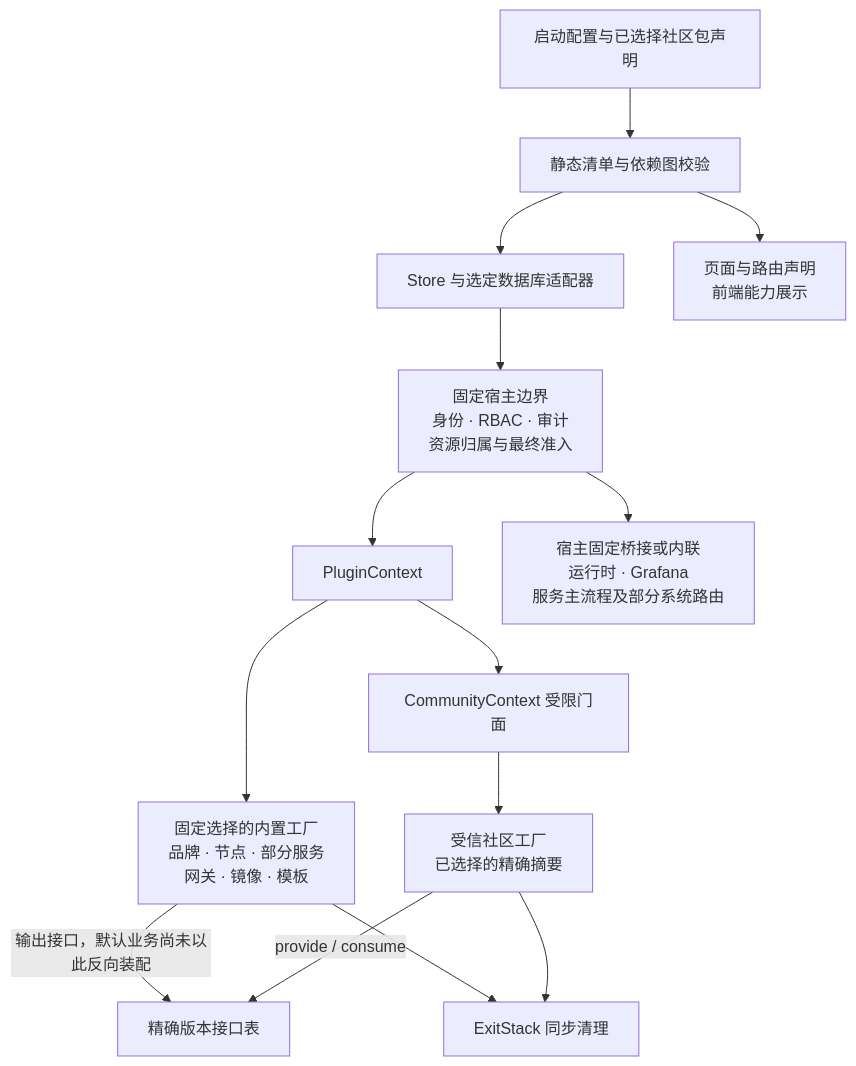
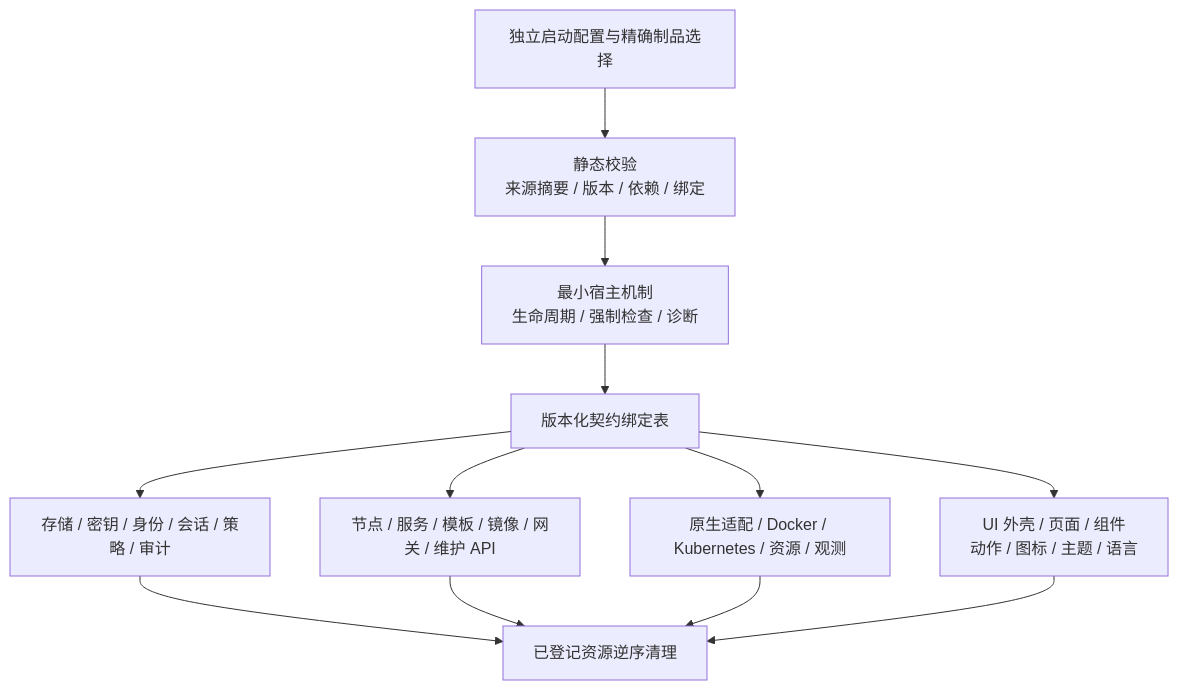
One commit to ZhengDeL/MindIE-Motor-Console changed the second of 4 diagrams in web/ARCHITECTURE.md. Above: the diagram before and after it, drawn with Mermaid. The commit also changed other lines of this file and 167 other files, not shown here.

Commit message:
feat: add replaceable business providers and complete UI plugin host

````diff
--- a/web/ARCHITECTURE.md
+++ b/web/ARCHITECTURE.md
@@ -49,16 +29,14 @@
 ```mermaid
 flowchart TB
-  BOOT[启动配置与已选择社区包声明] --> HOST[静态清单与依赖图校验]
-  HOST --> ST[Store 与选定数据库适配器]
-  ST --> CORE["固定宿主边界<br/>身份 · RBAC · 审计<br/>资源归属与最终准入"]
-  CORE --> CTX[PluginContext]
-  CTX --> BI["固定选择的内置工厂<br/>品牌 · 节点 · 部分服务<br/>网关 · 镜像 · 模板"]
-  CTX --> CC[CommunityContext 受限门面]
-  CC --> CO["受信社区工厂<br/>已选择的精确摘要"]
-  BI -->|输出接口，默认业务尚未以此反向装配| IF[精确版本接口表]
-  CO -->|provide / consume| IF
-  CORE --> FIX["宿主固定桥接或内联<br/>运行时 · Grafana<br/>服务主流程及部分系统路由"]
-  BI --> LIFE[ExitStack 同步清理]
-  CO --> LIFE
-  HOST --> UI["页面与路由声明<br/>前端能力展示"]
+  FILE[独立启动配置与精确制品选择] --> CHECK["静态校验<br/>来源摘要 / 版本 / 依赖 / 绑定"]
+  CHECK --> HOST["最小宿主机制<br/>生命周期 / 强制检查 / 诊断"]
+  HOST --> PORTS[版本化契约绑定表]
+  PORTS --> EARLY[存储 / 密钥 / 身份 / 会话 / 策略 / 审计]
+  PORTS --> BIZ[节点 / 服务 / 模板 / 镜像 / 网关 / 维护 API]
+  PORTS --> RUN[原生适配 / Docker / Kubernetes / 资源 / 观测]
+  PORTS --> UI["UI 外壳 / 页面 / 组件<br/>动作 / 图标 / 主题 / 语言"]
+  EARLY --> LIFE[已登记资源逆序清理]
+  BIZ --> LIFE
+  RUN --> LIFE
+  UI --> LIFE
 ```
````
